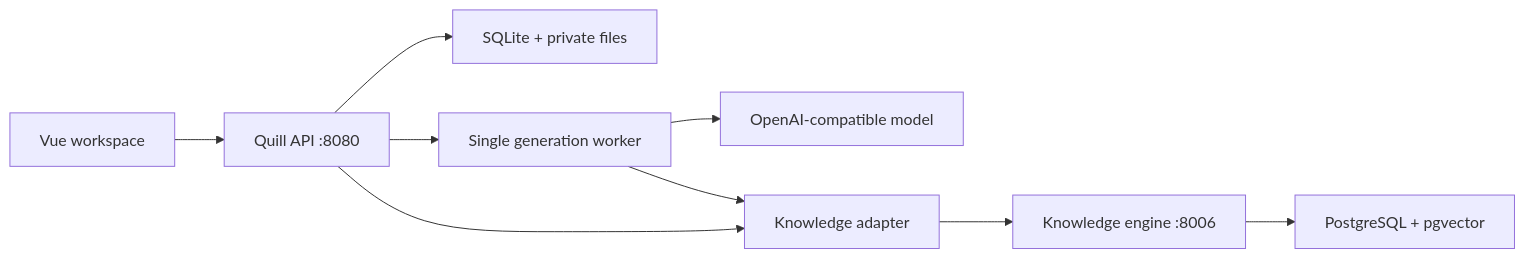
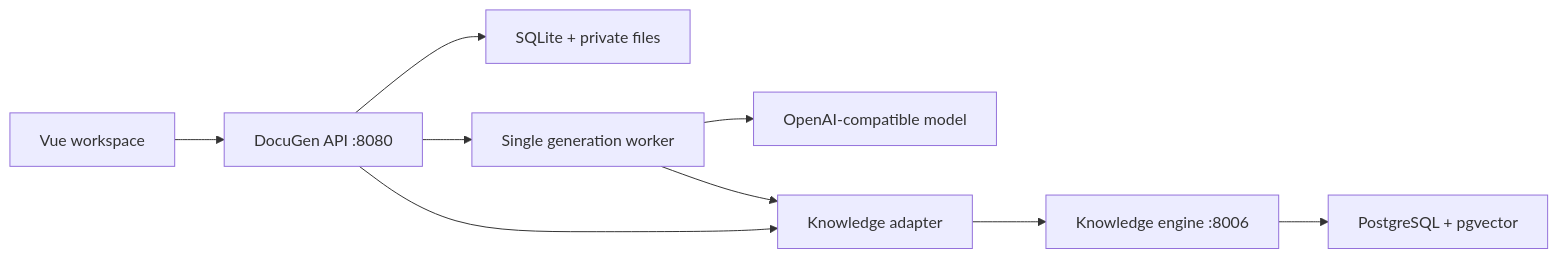
One commit to otterview-labs/DocuGen changed the diagram in docs/ARCHITECTURE.md. Above: the diagram before and after it, drawn with Mermaid. The commit also changed other lines of this file and 15 other files, not shown here.

Commit message:
feat: publish the integrated workspace as Otterview DocuGen

````diff
--- a/docs/ARCHITECTURE.md
+++ b/docs/ARCHITECTURE.md
@@ -5,11 +5,11 @@
 ```mermaid
 flowchart LR
-  UI[Vue workspace] --> API[Quill API :8080]
+  UI[Vue workspace] --> API[DocuGen API :8080]
   API --> Metadata[SQLite + private files]
   API --> Worker[Single generation worker]
   Worker --> Model[OpenAI-compatible model]
   Worker --> Adapter[Knowledge adapter]
   API --> Adapter
   Adapter --> Engine[Knowledge engine :8006]
   Engine --> DB[PostgreSQL + pgvector]
 ```
````
